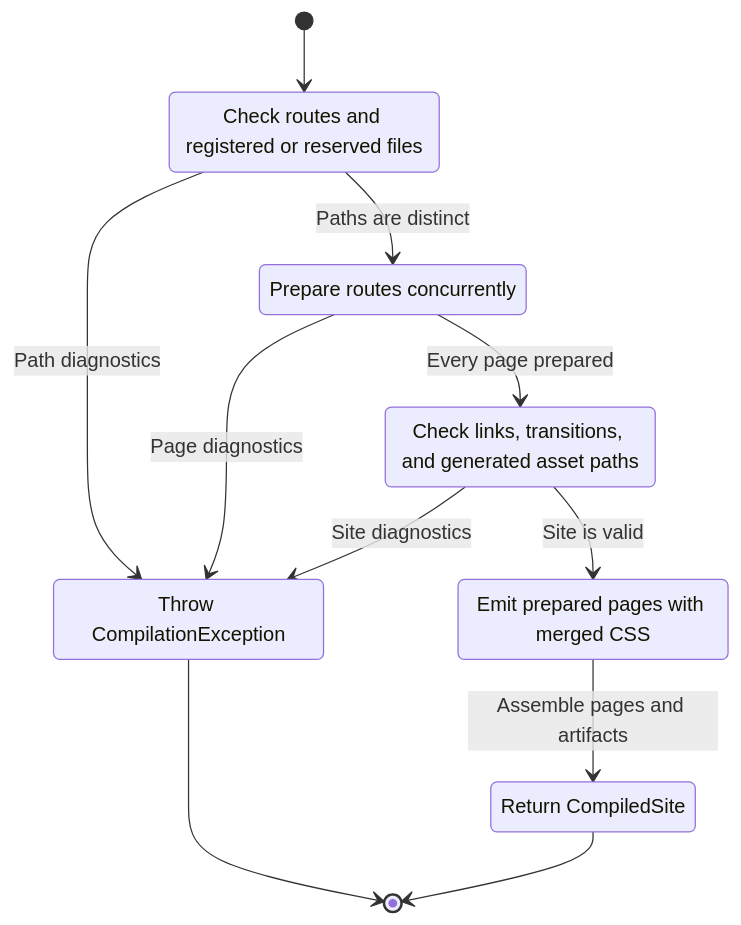
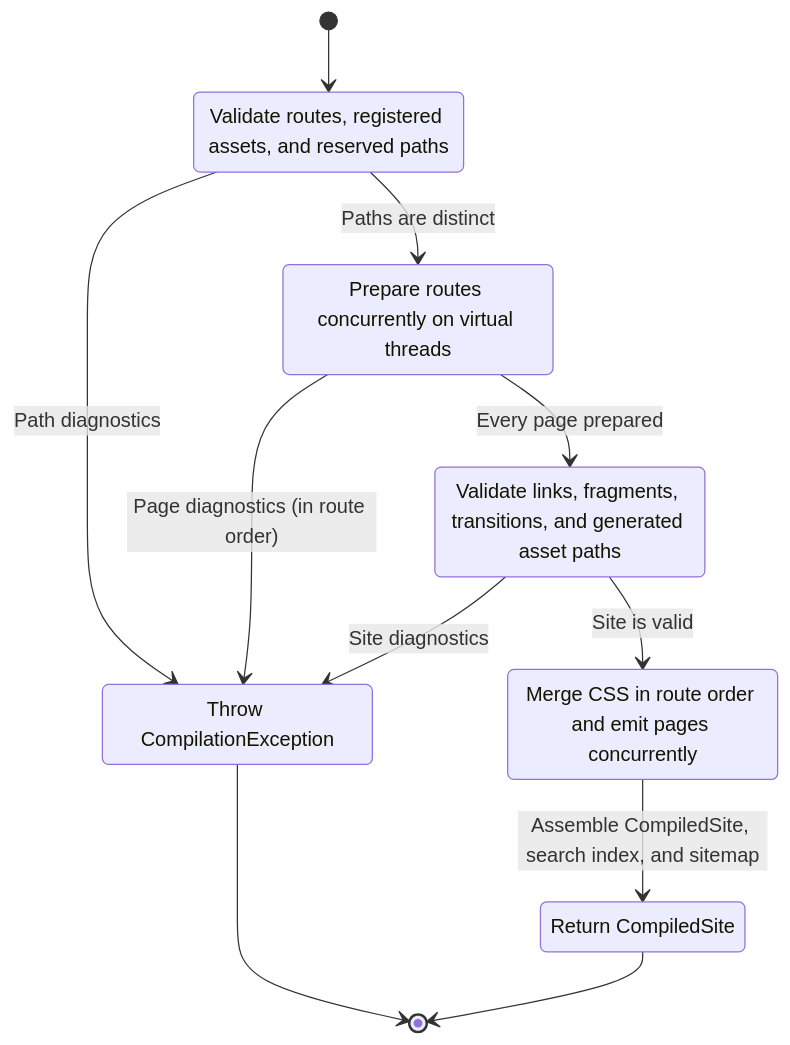
One commit to thiagogcm/tessera changed the second of 2 diagrams in docs/compiler.md. Above: the diagram before and after it, drawn with Mermaid. The commit also changed other lines of this file and 19 other files, not shown here.

````diff
--- a/docs/compiler.md
+++ b/docs/compiler.md
@@ -70,19 +66,21 @@
 ```mermaid
 stateDiagram-v2
+    accTitle: Site compilation stages
+    accDescr: SiteCompiler checks route and file paths, prepares routes concurrently, runs cross-route validation, and emits pages and site artifacts. Any authoring diagnostics transition to Rejected.
     [*] --> CheckingPaths
-    CheckingPaths: Check routes and registered or reserved files
+    CheckingPaths: Validate routes, registered assets, and reserved paths
     CheckingPaths --> Rejected: Path diagnostics
     CheckingPaths --> Preparing: Paths are distinct
-    Preparing: Prepare routes concurrently
-    Preparing --> Rejected: Page diagnostics
+    Preparing: Prepare routes concurrently on virtual threads
+    Preparing --> Rejected: Page diagnostics (in route order)
     Preparing --> Validating: Every page prepared
-    Validating: Check links, transitions, and generated asset paths
+    Validating: Validate links, fragments, transitions, and generated asset paths
     Validating --> Rejected: Site diagnostics
     Validating --> Emitting: Site is valid
-    Emitting: Emit prepared pages with merged CSS
-    Emitting --> Compiled: Assemble pages and artifacts
+    Emitting: Merge CSS in route order and emit pages concurrently
+    Emitting --> Compiled: Assemble CompiledSite, search index, and sitemap
     Rejected: Throw CompilationException
     Rejected --> [*]
     Compiled: Return CompiledSite
     Compiled --> [*]
 ```
````
